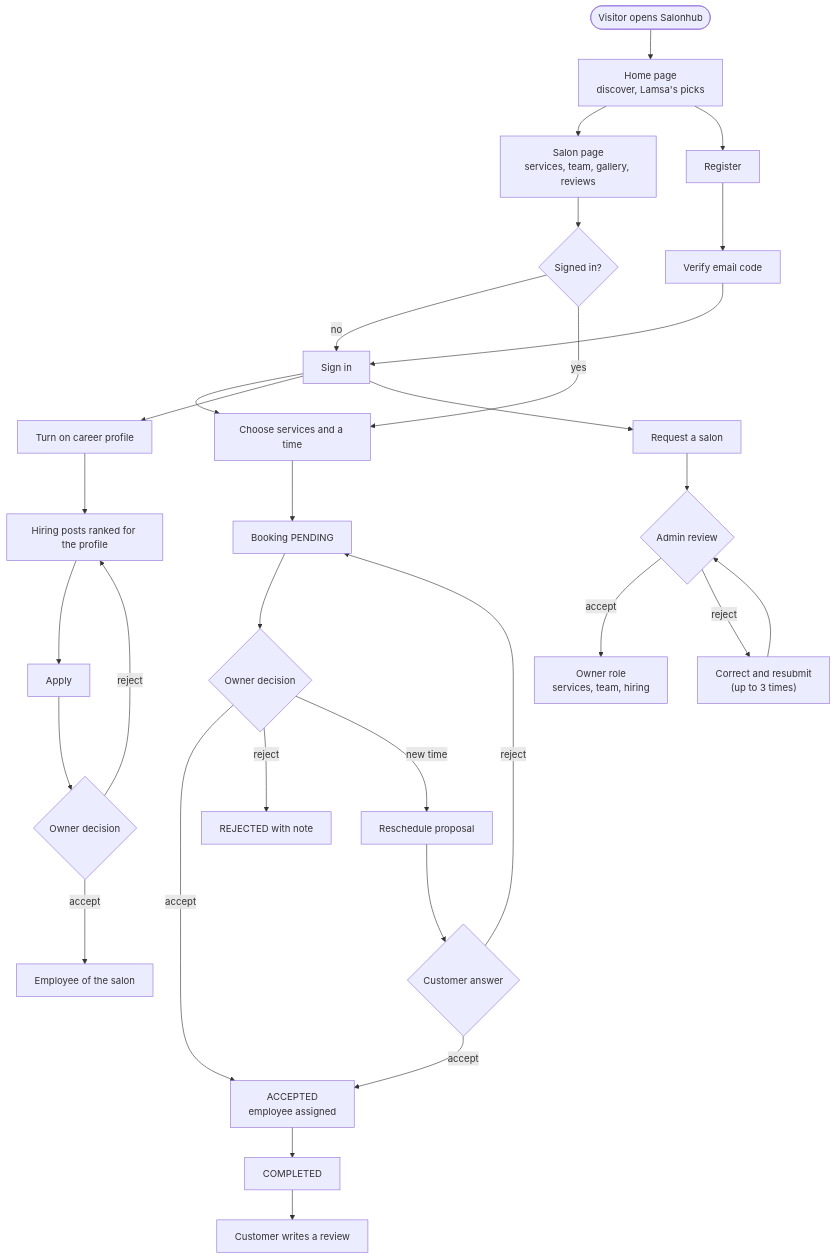
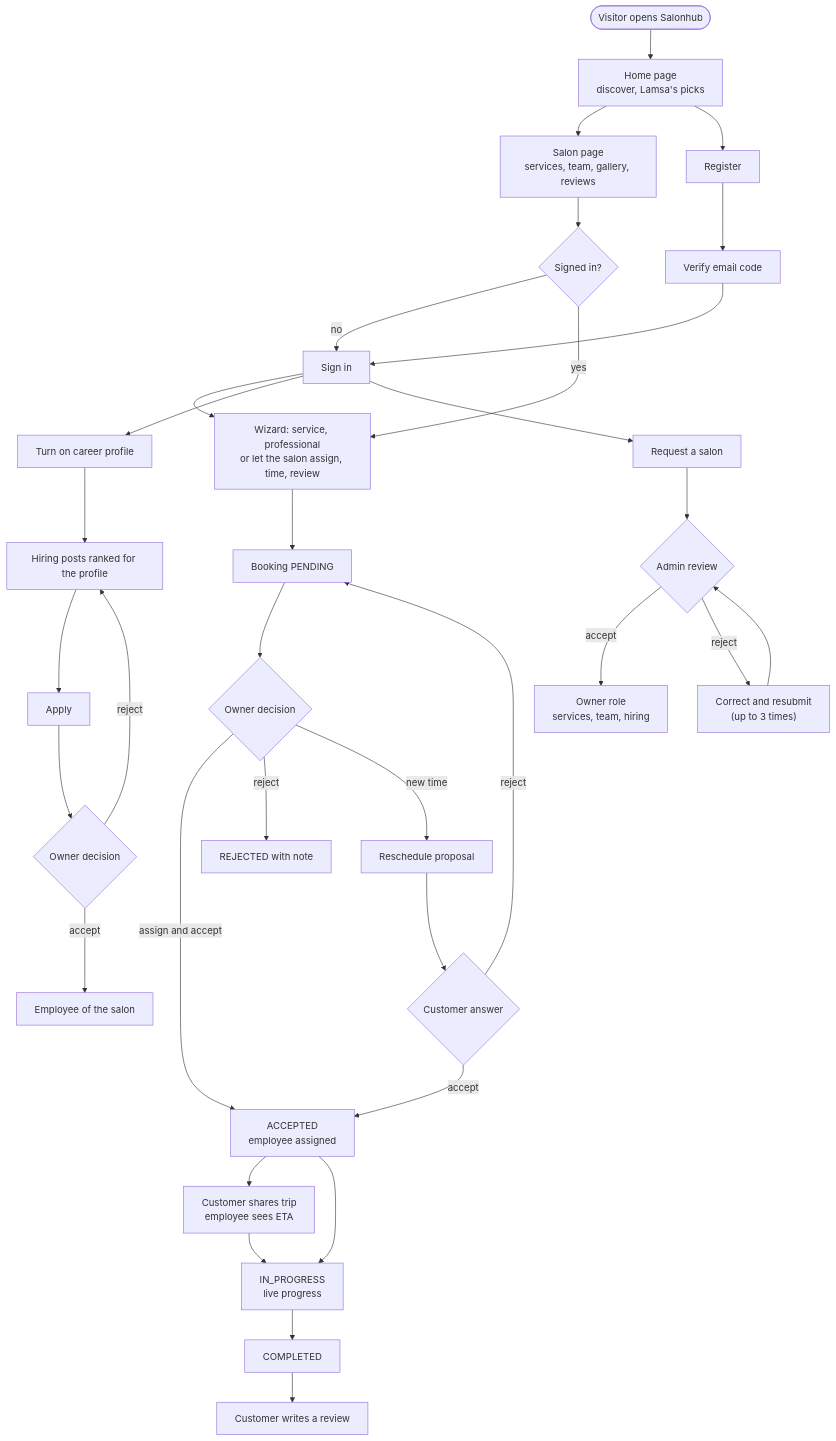
One commit to ghalebshhab/Salon-hub-backend changed the tenth of 22 diagrams in documentation/Salon-Hup-Project-Documentation.md. Above: the diagram before and after it, drawn with Mermaid. The commit also changed other lines of this file and 1 other file, not shown here.

````diff
--- a/documentation/Salon-Hup-Project-Documentation.md
+++ b/documentation/Salon-Hup-Project-Documentation.md
@@ -539,29 +807,32 @@
 ```mermaid
 flowchart TD
     start(["Visitor opens Salonhub"]) --> home["Home page<br/>discover, Lamsa's picks"]
     home --> salon["Salon page<br/>services, team, gallery, reviews"]
     home --> reg["Register"] --> verify["Verify email code"] --> login["Sign in"]
     salon --> needlogin{"Signed in?"}
     needlogin -- no --> login
-    needlogin -- yes --> book["Choose services and a time"]
+    needlogin -- yes --> book["Wizard: service, professional<br/>or let the salon assign, time, review"]
     login --> book
     book --> pending["Booking PENDING"]
     pending --> decision{"Owner decision"}
-    decision -- accept --> accepted["ACCEPTED<br/>employee assigned"]
+    decision -- assign and accept --> accepted["ACCEPTED<br/>employee assigned"]
     decision -- reject --> rejected["REJECTED with note"]
     decision -- new time --> proposal["Reschedule proposal"]
     proposal --> custdec{"Customer answer"}
     custdec -- accept --> accepted
     custdec -- reject --> pending
-    accepted --> done["COMPLETED"]
+    accepted --> trip["Customer shares trip<br/>employee sees ETA"]
+    trip --> running["IN_PROGRESS<br/>live progress"]
+    accepted --> running
+    running --> done["COMPLETED"]
     done --> review["Customer writes a review"]
 
     login --> career["Turn on career profile"] --> jobs["Hiring posts ranked for the profile"]
     jobs --> apply["Apply"] --> owndec{"Owner decision"}
     owndec -- accept --> employed["Employee of the salon"]
     owndec -- reject --> jobs
 
     login --> create["Request a salon"] --> admindec{"Admin review"}
     admindec -- accept --> ownerrole["Owner role<br/>services, team, hiring"]
     admindec -- reject --> fix["Correct and resubmit<br/>(up to 3 times)"] --> admindec
 ```
````
